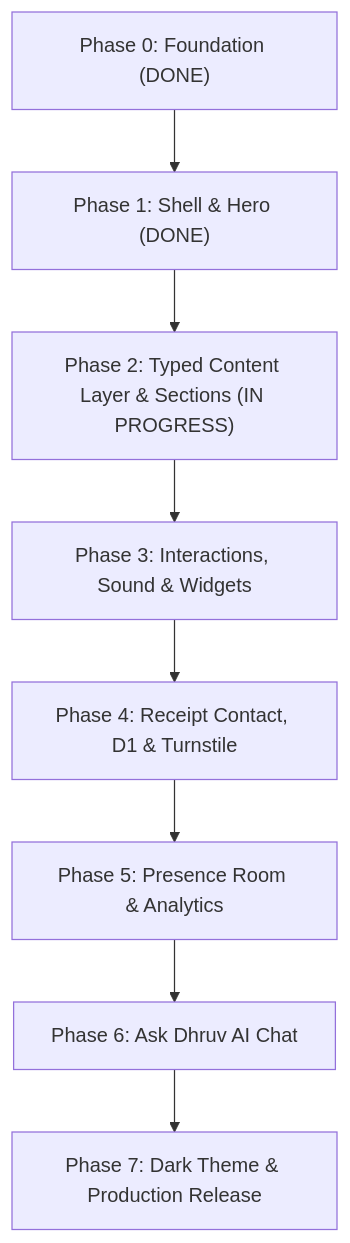
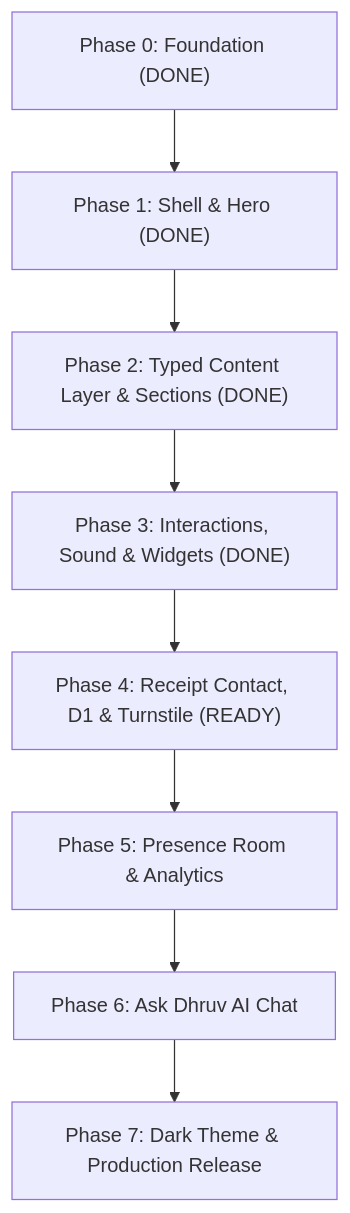
Before and after one commit to Dhruvkoshta/Portfolio-v2: the diagram in docs/PHASES.md, drawn with Mermaid. The commit also changed other lines of this file and 15 other files, not shown here.

Commit message:
feat(phase-3): implement sound synthesizer, BLR clock, pixel pet Byte, and ambient radio

````diff
--- a/docs/PHASES.md
+++ b/docs/PHASES.md
@@ -7,10 +7,10 @@
 ```mermaid
 flowchart TD
   P0["Phase 0: Foundation (DONE)"] --> P1["Phase 1: Shell & Hero (DONE)"]
-  P1 --> P2["Phase 2: Typed Content Layer & Sections (IN PROGRESS)"]
-  P2 --> P3["Phase 3: Interactions, Sound & Widgets"]
-  P3 --> P4["Phase 4: Receipt Contact, D1 & Turnstile"]
+  P1 --> P2["Phase 2: Typed Content Layer & Sections (DONE)"]
+  P2 --> P3["Phase 3: Interactions, Sound & Widgets (DONE)"]
+  P3 --> P4["Phase 4: Receipt Contact, D1 & Turnstile (READY)"]
   P4 --> P5["Phase 5: Presence Room & Analytics"]
   P5 --> P6["Phase 6: Ask Dhruv AI Chat"]
   P6 --> P7["Phase 7: Dark Theme & Production Release"]
 ```
````
